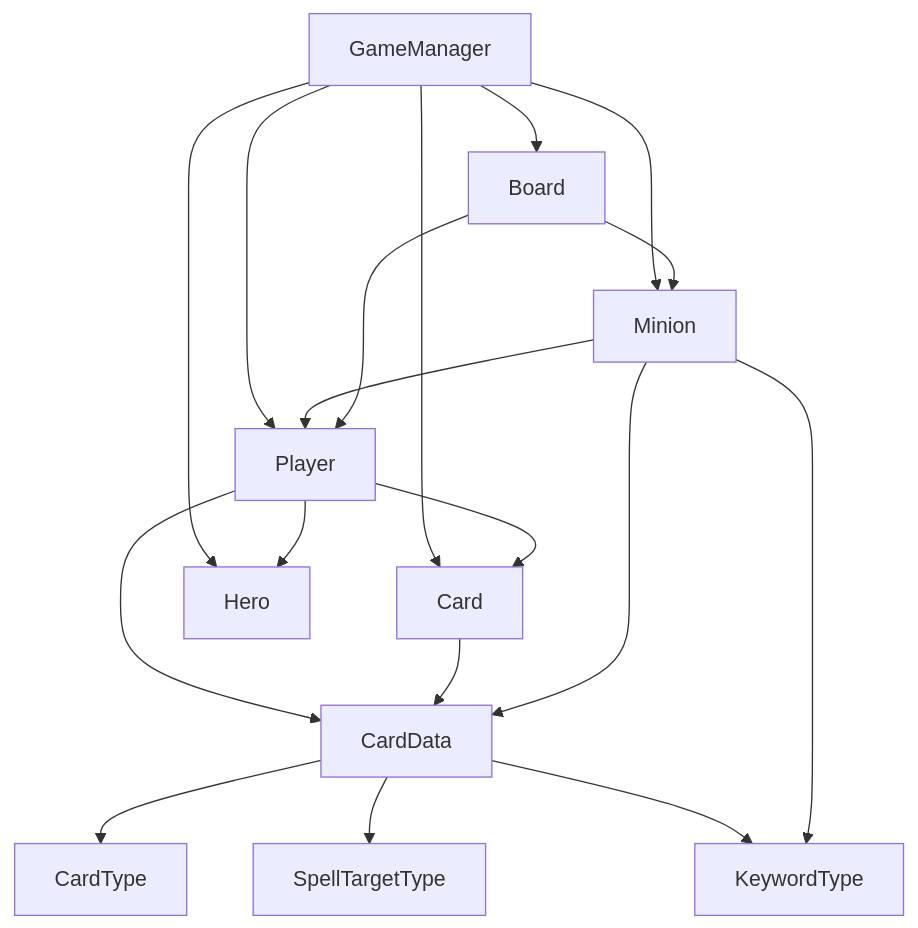
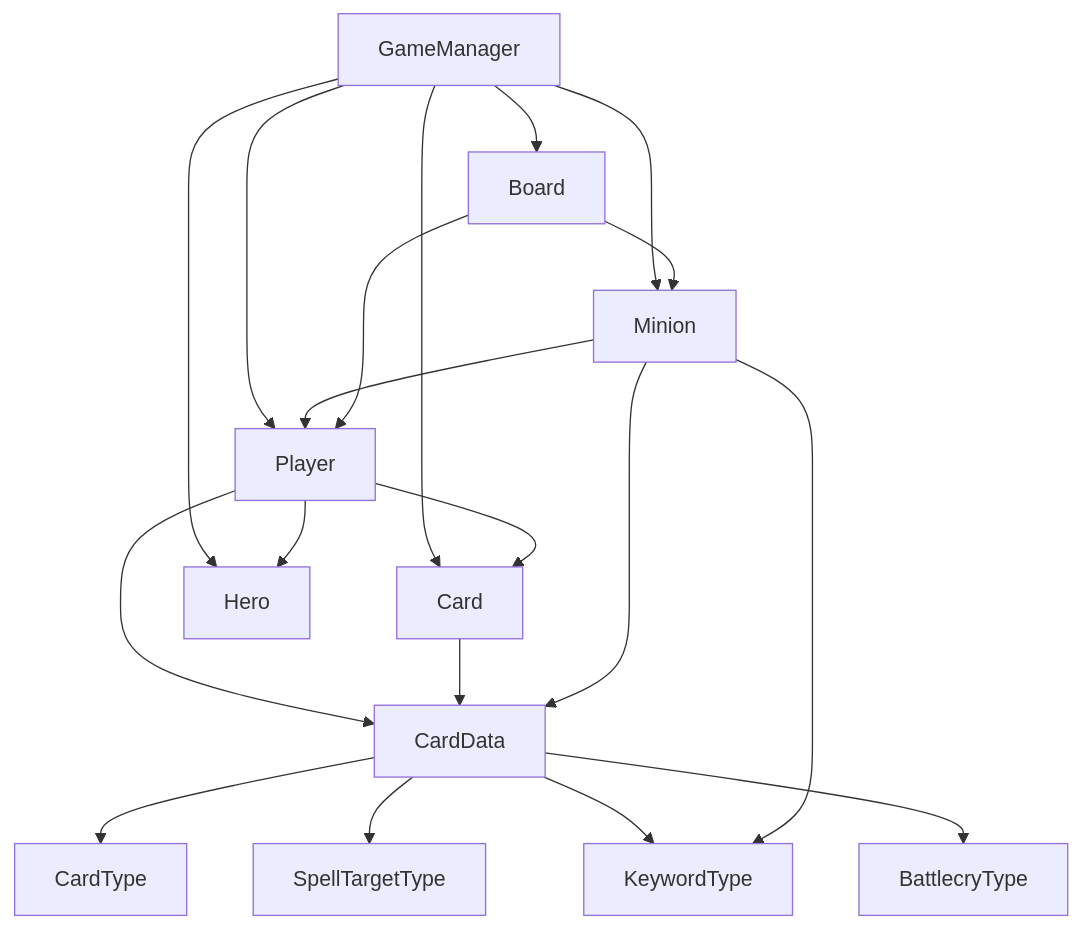
One commit to ZHStatic/HearthstoneClone changed the diagram in Docs/02_CoreArchitecture.md. Above: the diagram before and after it, drawn with Mermaid. The commit also changed other lines of this file and 16 other files, not shown here.

````diff
--- a/Docs/02_CoreArchitecture.md
+++ b/Docs/02_CoreArchitecture.md
@@ -62,25 +63,26 @@
 ```mermaid
 flowchart TD
     GameManager --> Player
     GameManager --> Board
     GameManager --> Card
     GameManager --> Minion
     GameManager --> Hero
 
     Player --> Hero
     Player --> Card
     Player --> CardData
 
     Card --> CardData
 
     Minion --> CardData
     Minion --> Player
 
     Board --> Player
     Board --> Minion
 
     CardData --> CardType
     CardData --> SpellTargetType
     CardData --> KeywordType
+    CardData --> BattlecryType
     Minion --> KeywordType
 ```
````
